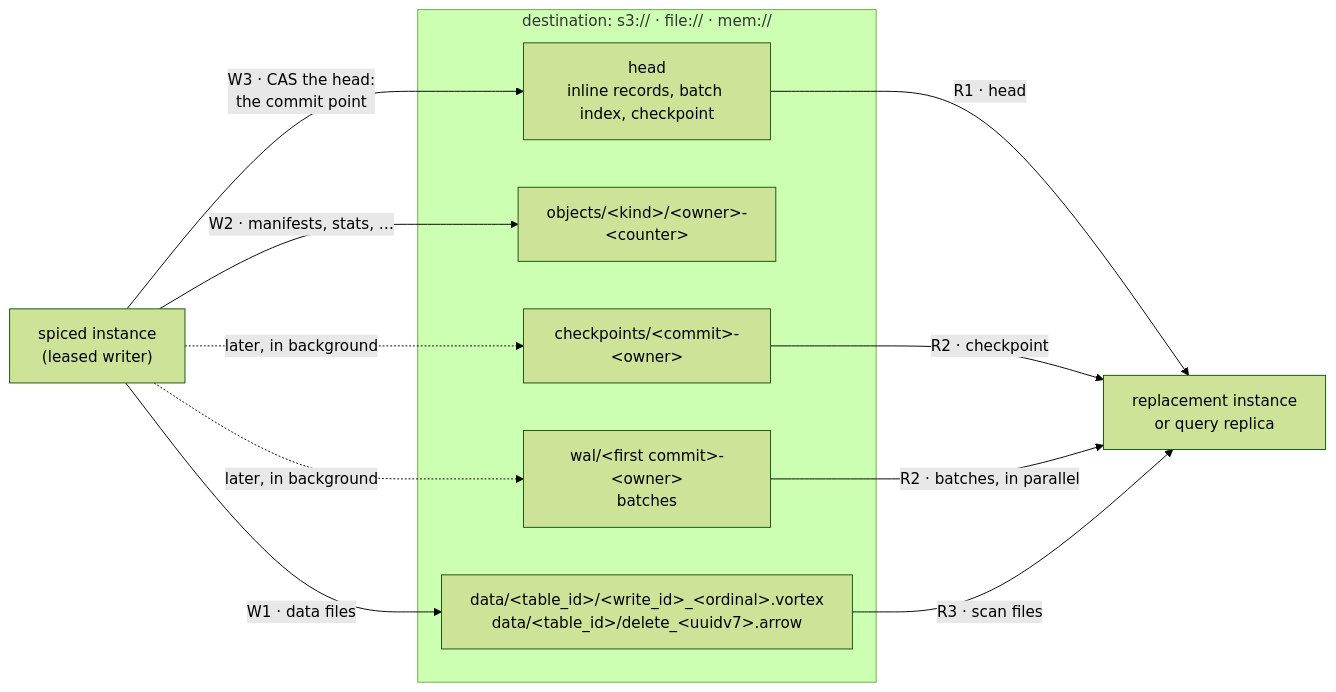
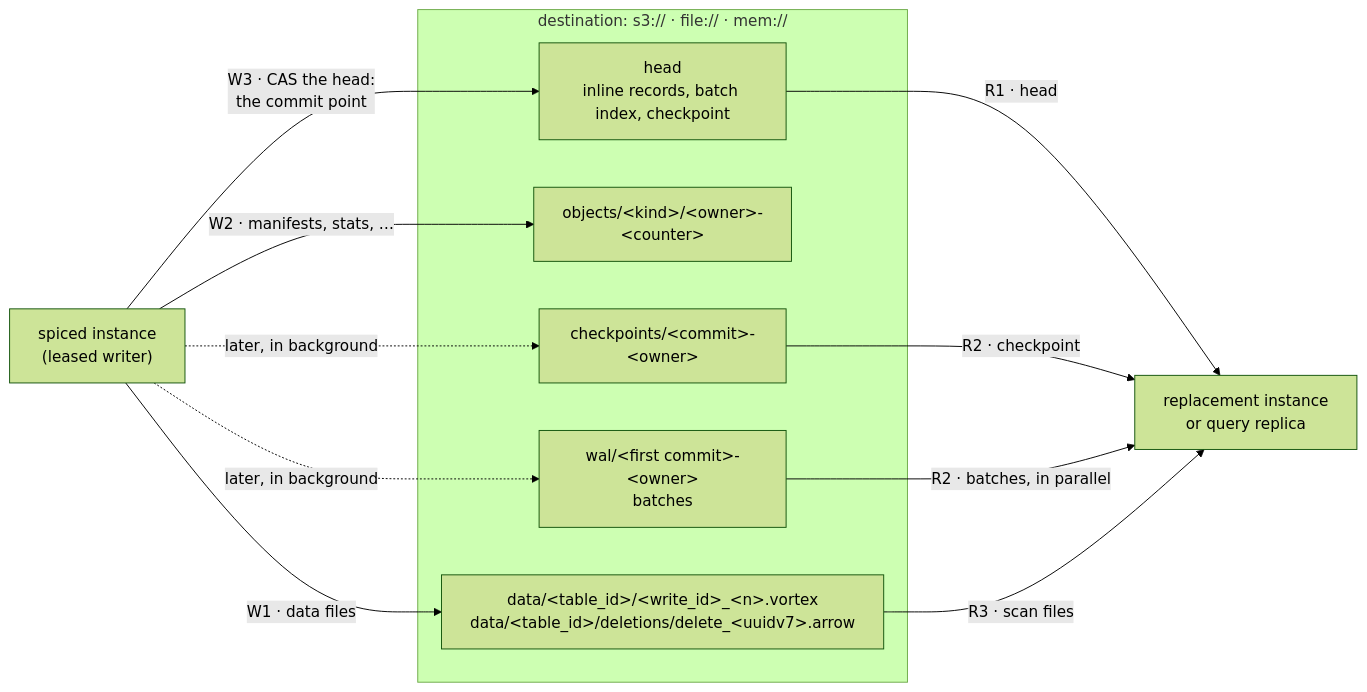
One commit to spiceai/spiceai changed the third of 5 diagrams in docs/design/object-native-metastore-technical.md. Above: the diagram before and after it, drawn with Mermaid (forest theme). The commit also changed other lines of this file and 2 other files, not shown here.

First line of the commit message:
docs(design): object-native data in the metastore design

````diff
--- a/docs/design/object-native-metastore-technical.md
+++ b/docs/design/object-native-metastore-technical.md
@@ -894,21 +1485,21 @@
 ```mermaid
 flowchart LR
     W2["spiced instance<br/>(leased writer)"]
     subgraph DEST["destination: s3:// · file:// · mem://"]
-        D2["data/&lt;table_id&gt;/&lt;write_id&gt;_&lt;ordinal&gt;.vortex<br/>data/&lt;table_id&gt;/delete_&lt;uuidv7&gt;.arrow"]
+        D2["data/&lt;table_id&gt;/&lt;write_id&gt;_&lt;n&gt;.vortex<br/>data/&lt;table_id&gt;/deletions/delete_&lt;uuidv7&gt;.arrow"]
         OBJ["objects/&lt;kind&gt;/&lt;owner&gt;-&lt;counter&gt;"]
         HEAD["head<br/>inline records, batch index, checkpoint"]
         WAL["wal/&lt;first commit&gt;-&lt;owner&gt;<br/>batches"]
         CK["checkpoints/&lt;commit&gt;-&lt;owner&gt;"]
     end
     R2["replacement instance<br/>or query replica"]
     W2 -->|"W1 · data files"| D2
     W2 -->|"W2 · manifests, stats, …"| OBJ
     W2 -->|"W3 · CAS the head:<br/>the commit point"| HEAD
     W2 -.->|"later, in background"| WAL
     W2 -.->|"later, in background"| CK
     HEAD -->|"R1 · head"| R2
     CK -->|"R2 · checkpoint"| R2
     WAL -->|"R2 · batches, in parallel"| R2
     D2 -->|"R3 · scan files"| R2
 ```
````
